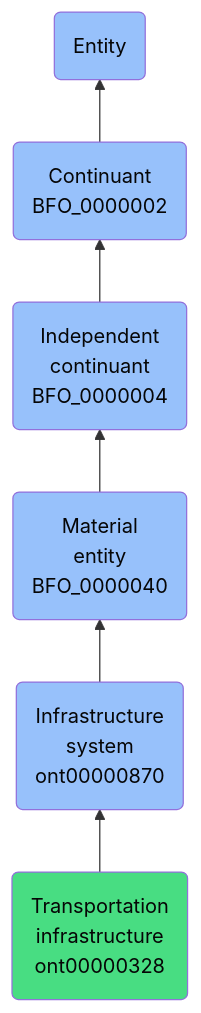
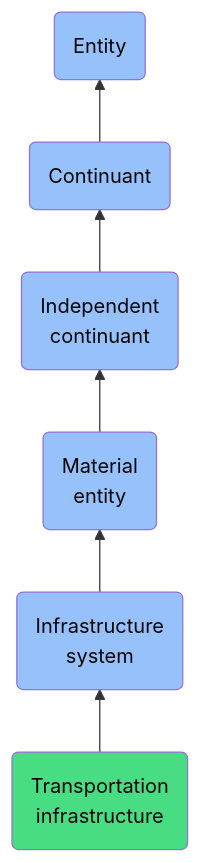
Before and after one commit to jupyter-naas/abi: the diagram in docs/ontology/reference/model/Entity/Continuant/Independent continuant/Material entity/Infrastructure system/Transportation infrastructure/Transportation infrastructure.md, drawn with Mermaid. The commit also changed other lines of this file and 1430 other files, not shown here.

````diff
--- a/docs/ontology/reference/model/Entity/Continuant/Independent continuant/Material entity/Infrastructure system/Transportation infrastructure/Transportation infrastructure.md
+++ b/docs/ontology/reference/model/Entity/Continuant/Independent continuant/Material entity/Infrastructure system/Transportation infrastructure/Transportation infrastructure.md
@@ -24,13 +24,13 @@
 ```mermaid
 graph BT
-    ont00000328(Transportation<br>infrastructure<br>ont00000328):::ABI-->ont00000870
-    ont00000870(Infrastructure<br>system<br>ont00000870):::BFO-->BFO_0000040
-    BFO_0000040(Material<br>entity<br>BFO_0000040):::BFO-->BFO_0000004
-    BFO_0000004(Independent<br>continuant<br>BFO_0000004):::BFO-->BFO_0000002
-    BFO_0000002(Continuant<br>BFO_0000002):::BFO-->BFO_0000001
+    ont00000328(Transportation<br>infrastructure):::ABI-->ont00000870
+    ont00000870(Infrastructure<br>system):::BFO-->BFO_0000040
+    BFO_0000040(Material<br>entity):::BFO-->BFO_0000004
+    BFO_0000004(Independent<br>continuant):::BFO-->BFO_0000002
+    BFO_0000002(Continuant):::BFO-->BFO_0000001
     BFO_0000001(Entity):::BFO
     
     classDef BFO fill:#97c1fb,color:#060606
     classDef CCO fill:#e4c51e,color:#060606
     classDef ABI fill:#48DD82,color:#060606
 ```
````
